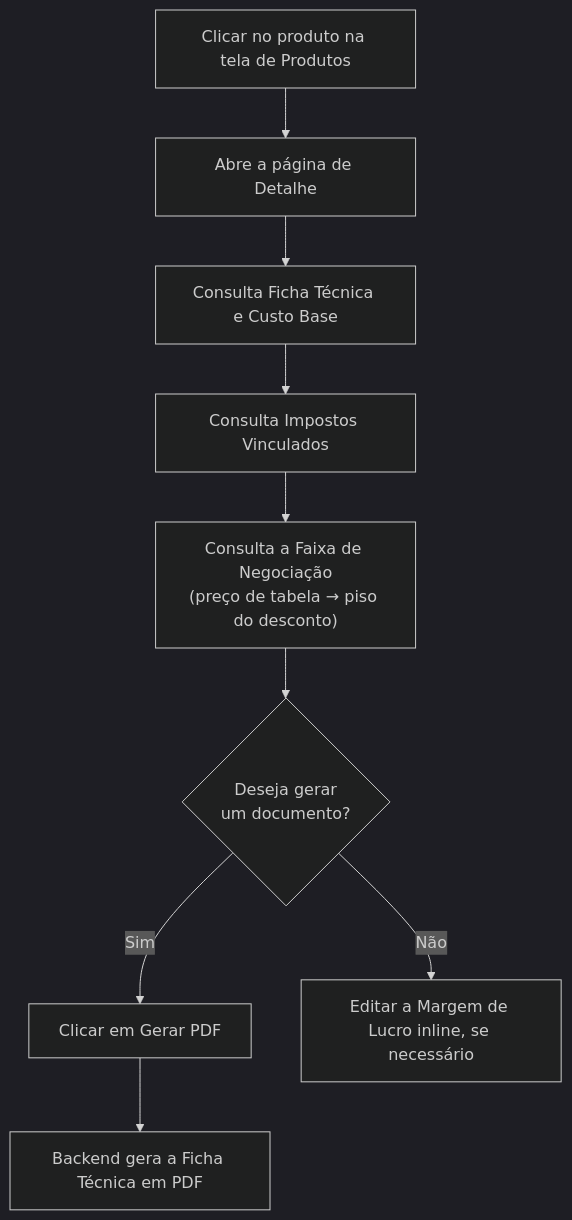
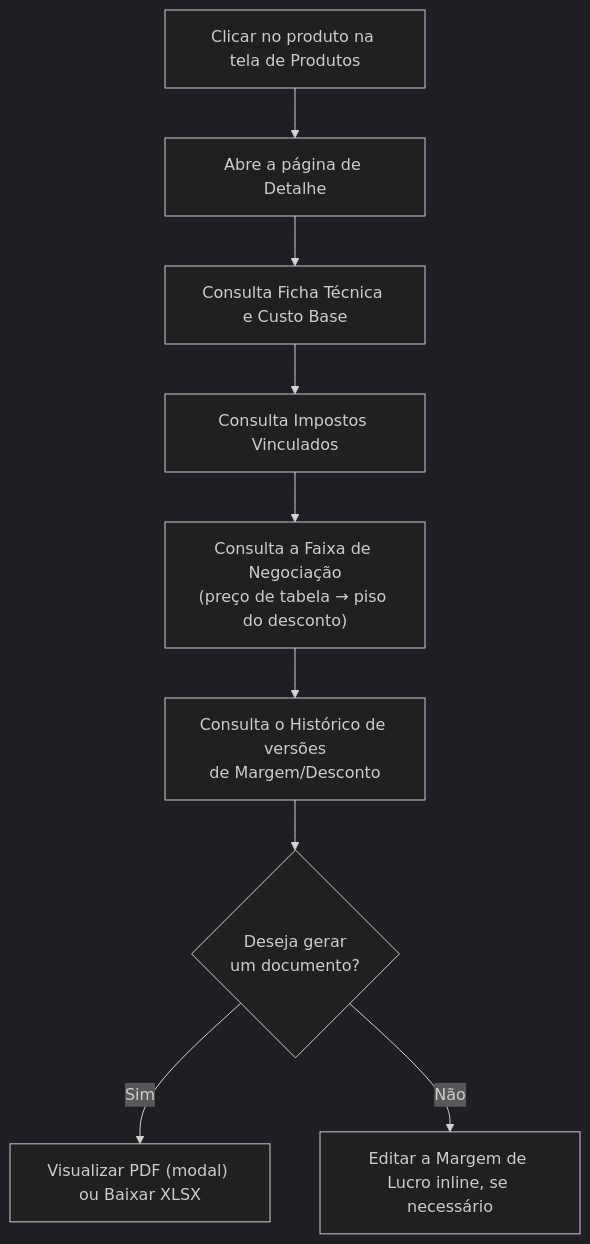
One commit to edvaldosm/markup-front changed the first of 2 diagrams in docs/manual/10-detalhe-produto-faixa-negociacao.md. Above: the diagram before and after it, drawn with Mermaid (dark theme). The commit also changed other lines of this file and 15 other files, not shown here.

````diff
--- a/docs/manual/10-detalhe-produto-faixa-negociacao.md
+++ b/docs/manual/10-detalhe-produto-faixa-negociacao.md
@@ -16,11 +16,11 @@
 ```mermaid
 flowchart TD
     A["Clicar no produto na tela de Produtos"] --> B["Abre a página de Detalhe"]
     B --> C["Consulta Ficha Técnica e Custo Base"]
     C --> D["Consulta Impostos Vinculados"]
     D --> E["Consulta a Faixa de Negociação\n(preço de tabela → piso do desconto)"]
-    E --> F{Deseja gerar\num documento?}
-    F -- Sim --> G["Clicar em Gerar PDF"]
-    G --> H["Backend gera a Ficha Técnica em PDF"]
-    F -- Não --> I["Editar a Margem de Lucro inline, se necessário"]
+    E --> F["Consulta o Histórico de versões\nde Margem/Desconto"]
+    F --> G{Deseja gerar\num documento?}
+    G -- Sim --> H["Visualizar PDF (modal) ou Baixar XLSX"]
+    G -- Não --> I["Editar a Margem de Lucro inline, se necessário"]
 ```
````
